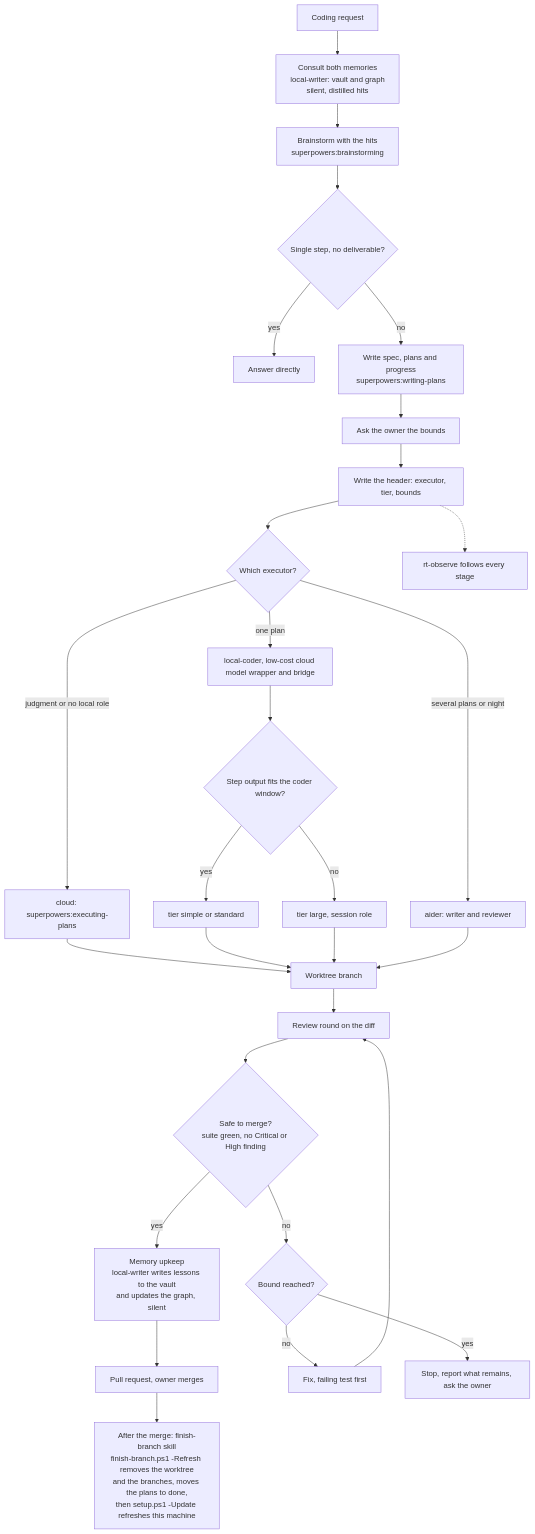
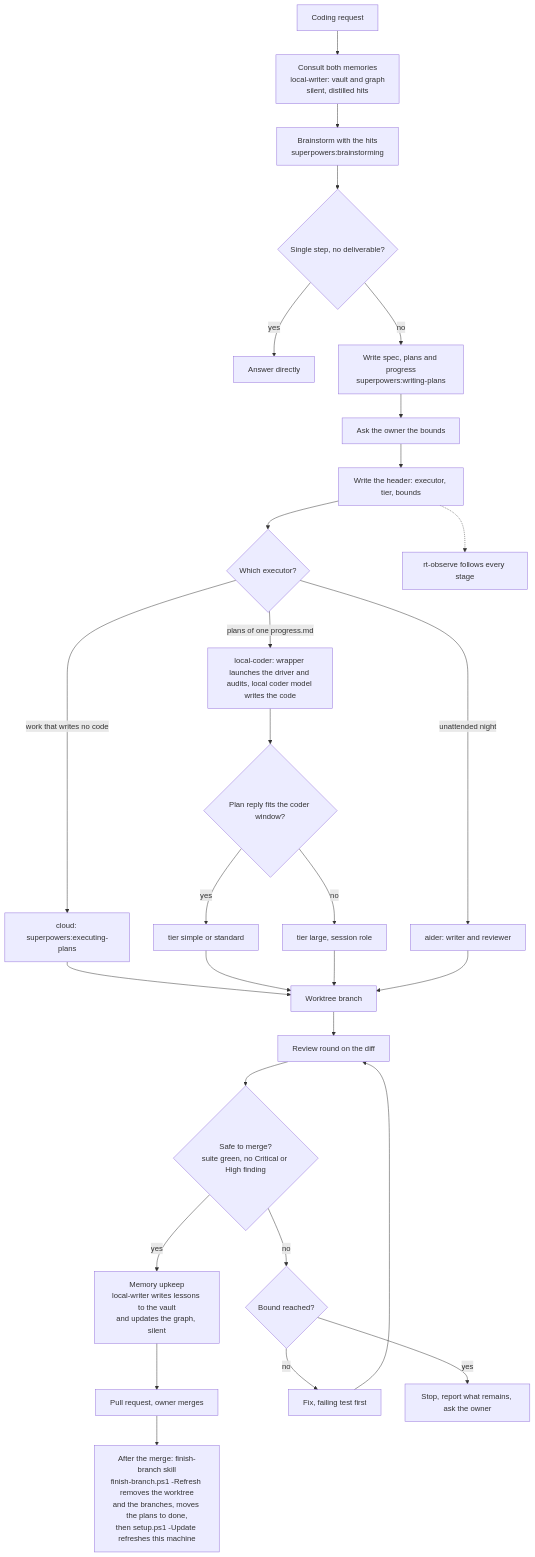
Before and after one commit to LARi-UQAC/ResearchTools: the diagram in docs/manual/diagrams/local-coding-flow.mmd, drawn with Mermaid. The commit also changed 13 other files, not shown here.

First line of the commit message:
docs(rules): R39 code is local only, local-coder launches the driver (#104)

```diff
--- a/docs/manual/diagrams/local-coding-flow.mmd
+++ b/docs/manual/diagrams/local-coding-flow.mmd
@@ -1,28 +1,28 @@
 flowchart TD
     A0["Coding request"] --> X["Consult both memories<br/>local-writer: vault and graph<br/>silent, distilled hits"]
     X --> A["Brainstorm with the hits<br/>superpowers:brainstorming"]
     A --> B{Single step, no deliverable?}
     B -- yes --> C[Answer directly]
     B -- no --> D["Write spec, plans and progress<br/>superpowers:writing-plans"]
     D --> E[Ask the owner the bounds]
     E --> F[Write the header: executor, tier, bounds]
     F --> G{Which executor?}
-    G -- judgment or no local role --> H["cloud: superpowers:executing-plans"]
-    G -- one plan --> J[local-coder, low-cost cloud model wrapper and bridge]
-    J --> K{Step output fits the coder window?}
+    G -- work that writes no code --> H["cloud: superpowers:executing-plans"]
+    G -- plans of one progress.md --> J[local-coder: wrapper launches the driver and audits, local coder model writes the code]
+    J --> K{Plan reply fits the coder window?}
     K -- yes --> L[tier simple or standard]
     K -- no --> M[tier large, session role]
-    G -- several plans or night --> N[aider: writer and reviewer]
+    G -- unattended night --> N[aider: writer and reviewer]
     H --> O[Worktree branch]
     L --> O
     M --> O
     N --> O
     O --> P[Review round on the diff]
     P --> Q{"Safe to merge?<br/>suite green, no Critical or High finding"}
     Q -- yes --> Y["Memory upkeep<br/>local-writer writes lessons to the vault<br/>and updates the graph, silent"]
     Y --> R[Pull request, owner merges]
     R --> Z["After the merge: finish-branch skill<br/>finish-branch.ps1 -Refresh removes the worktree<br/>and the branches, moves the plans to done,<br/>then setup.ps1 -Update refreshes this machine"]
     Q -- no --> S{Bound reached?}
     S -- no --> T[Fix, failing test first] --> P
     S -- yes --> U[Stop, report what remains, ask the owner]
     F -.-> V[rt-observe follows every stage]
```
